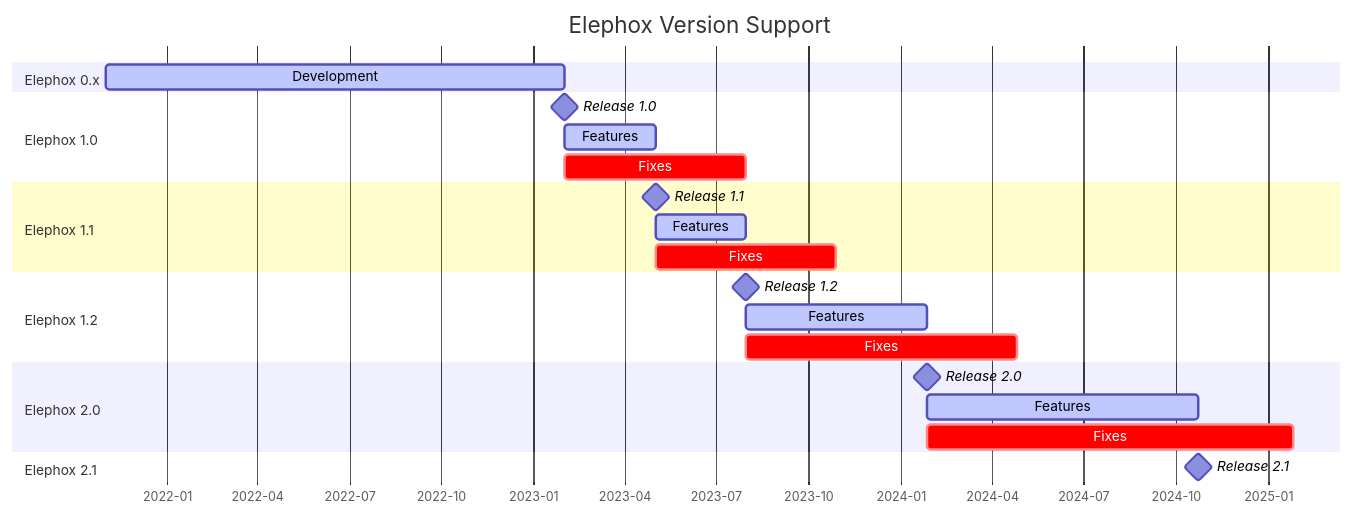
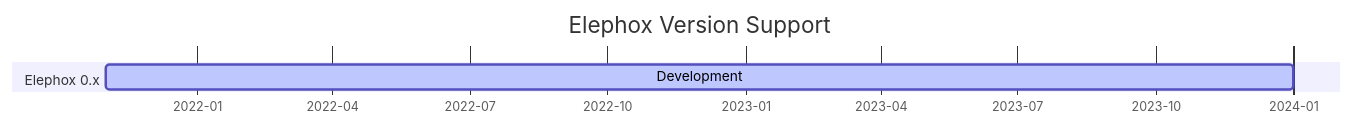
One commit to elephox-dev/docs changed the third of 3 diagrams in content/v/develop/contributing/workflow.md. Above: the diagram before and after it, drawn with Mermaid.

Commit message:
Updated version support graph

````diff
--- a/content/v/develop/contributing/workflow.md
+++ b/content/v/develop/contributing/workflow.md
@@ -84,32 +84,32 @@
 ```mermaid
 gantt
   title Elephox Version Support
   dateFormat YYYY-MM-DD
   axisFormat %Y-%m
 
   section Elephox 0.x
-  Development           :active, d0-0, 2021-11-01, 2023-02-01
+  Development           :active, d0-0, 2021-11-01, 2024-01-01
 
-  section Elephox 1.0
-  Release 1.0           :milestone, m1-0, after d0-0, 0
-  Features              :active,    f1-0, after d0-0, 90d
-  Fixes                 :crit,      b1-0, after d0-0, 180d
-
-  section Elephox 1.1
-  Release 1.1           :milestone, m1-1, after f1-0, 0
-  Features              :active,    f1-1, after f1-0, 90d
-  Fixes                 :crit,      b1-1, after f1-0, 180d
-
-  section Elephox 1.2
-  Release 1.2           :milestone, m1-2, after f1-1, 0
-  Features              :active,    f1-2, after f1-1, 180d
-  Fixes                 :crit,      b1-2, after f1-1, 270d
-
-  section Elephox 2.0
-  Release 2.0           :milestone, m2-0, after f1-2, 0
-  Features              :active,    f2-0, after f1-2, 270d
-  Fixes                 :crit,      b2-0, after f1-2, 365d
-
-  section Elephox 2.1
-  Release 2.1           :milestone, m2-1, after f2-0, 0
+%%  section Elephox 1.0
+%%  Release 1.0           :milestone, m1-0, after d0-0, 0
+%%  Features              :active,    f1-0, after d0-0, 90d
+%%  Fixes                 :crit,      b1-0, after d0-0, 180d
+%%
+%%  section Elephox 1.1
+%%  Release 1.1           :milestone, m1-1, after f1-0, 0
+%%  Features              :active,    f1-1, after f1-0, 90d
+%%  Fixes                 :crit,      b1-1, after f1-0, 180d
+%%
+%%  section Elephox 1.2
+%%  Release 1.2           :milestone, m1-2, after f1-1, 0
+%%  Features              :active,    f1-2, after f1-1, 180d
+%%  Fixes                 :crit,      b1-2, after f1-1, 270d
+%%
+%%  section Elephox 2.0
+%%  Release 2.0           :milestone, m2-0, after f1-2, 0
+%%  Features              :active,    f2-0, after f1-2, 270d
+%%  Fixes                 :crit,      b2-0, after f1-2, 365d
+%%
+%%  section Elephox 2.1
+%%  Release 2.1           :milestone, m2-1, after f2-0, 0
 ```
````
